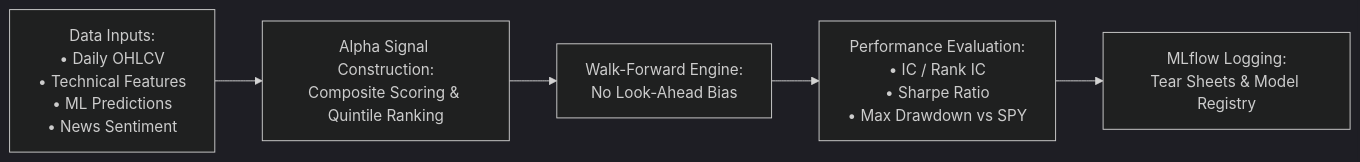
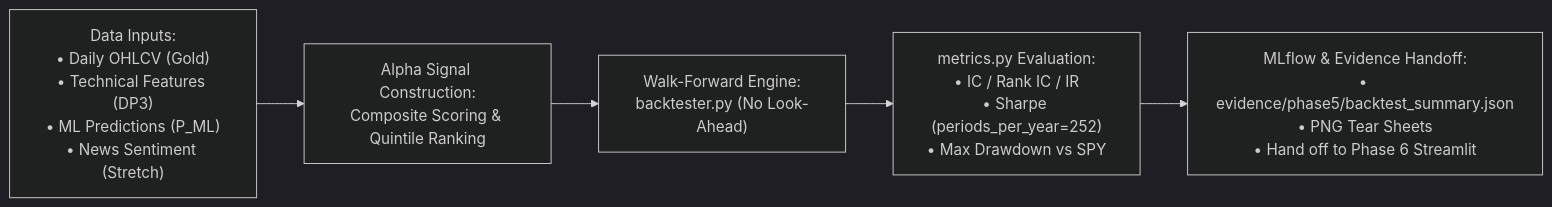
Before and after one commit to LongDeutsch/edai_quant_k11: the diagram in docs/QUANT_ALPHA_BACKTESTING.md, drawn with Mermaid (dark theme). The commit also changed other lines of this file and 143 other files, not shown here.

Commit message:
integrate backtesting and alpha evaluation  phase 5

````diff
--- a/docs/QUANT_ALPHA_BACKTESTING.md
+++ b/docs/QUANT_ALPHA_BACKTESTING.md
@@ -7,7 +7,7 @@
 ```mermaid
 flowchart LR
-    DataInputs["Data Inputs:<br>• Daily OHLCV<br>• Technical Features<br>• ML Predictions<br>• News Sentiment"] --> AlphaEngine["Alpha Signal Construction:<br>Composite Scoring & Quintile Ranking"]
-    AlphaEngine --> Backtest["Walk-Forward Engine:<br>No Look-Ahead Bias"]
-    Backtest --> Metrics["Performance Evaluation:<br>• IC / Rank IC<br>• Sharpe Ratio<br>• Max Drawdown vs SPY"]
-    Metrics --> MLflowArtifacts["MLflow Logging:<br>Tear Sheets & Model Registry"]
+    DataInputs["Data Inputs:<br>• Daily OHLCV (Gold)<br>• Technical Features (DP3)<br>• ML Predictions (P_ML)<br>• News Sentiment (Stretch)"] --> AlphaEngine["Alpha Signal Construction:<br>Composite Scoring & Quintile Ranking"]
+    AlphaEngine --> Backtest["Walk-Forward Engine:<br>backtester.py (No Look-Ahead)"]
+    Backtest --> Metrics["metrics.py Evaluation:<br>• IC / Rank IC / IR<br>• Sharpe (periods_per_year=252)<br>• Max Drawdown vs SPY"]
+    Metrics --> Artifacts["MLflow & Evidence Handoff:<br>• evidence/phase5/backtest_summary.json<br>• PNG Tear Sheets<br>• Hand off to Phase 6 Streamlit"]
 ```
````
